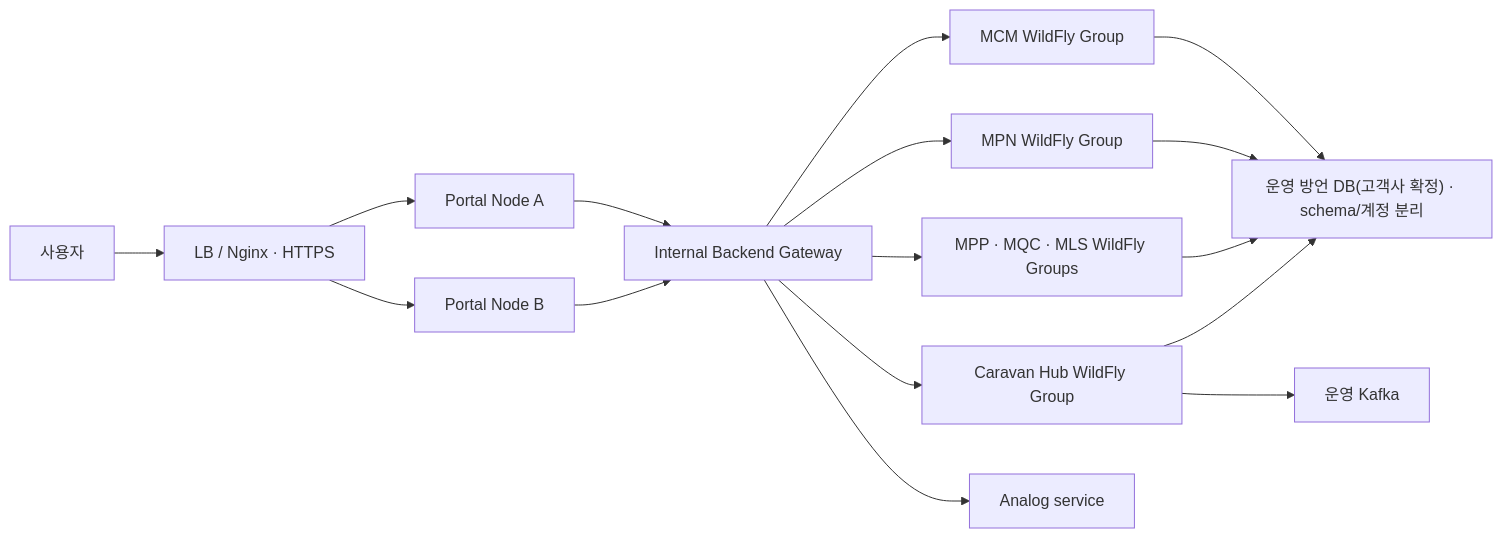
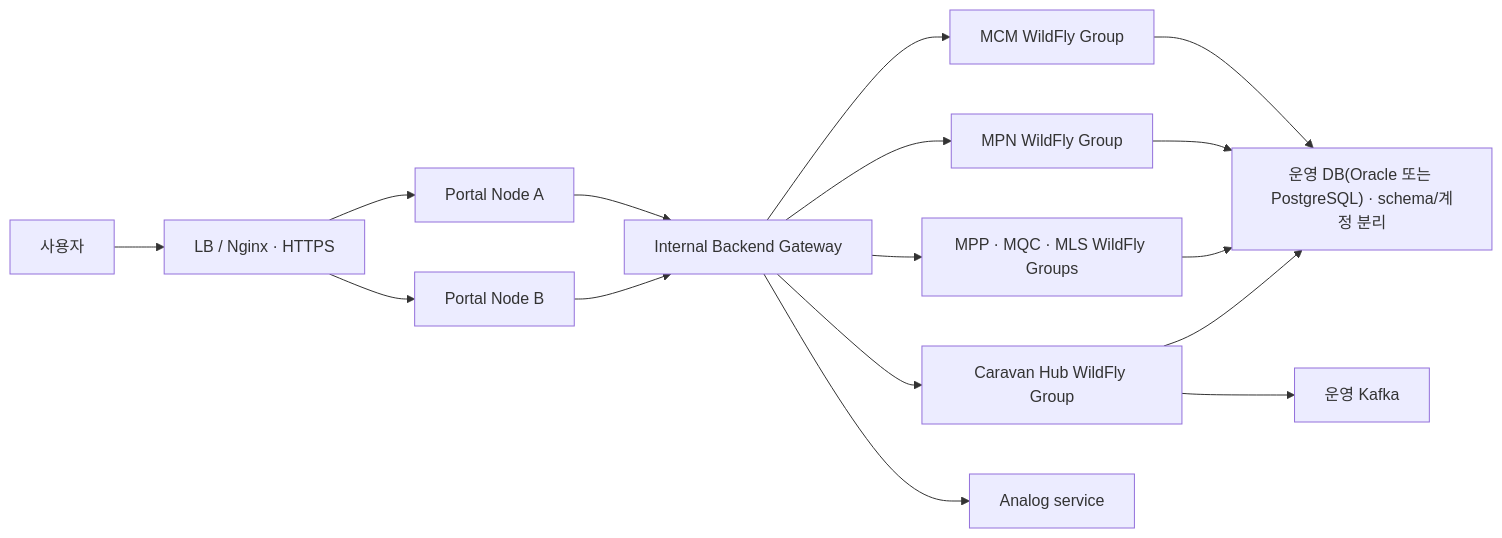
One commit to jongik-sv/dmes-standard changed the second of 2 diagrams in docs/guide/Operations/DMES-Deployment-Guide.md. Above: the diagram before and after it, drawn with Mermaid. The commit also changed other lines of this file and 25 other files, not shown here.

First line of the commit message:
docs(db): 운영 DB 후보를 Oracle·PostgreSQL 로 좁히고 MSSQL 은 거의 쓰지 않음으로 내린다

````diff
--- a/docs/guide/Operations/DMES-Deployment-Guide.md
+++ b/docs/guide/Operations/DMES-Deployment-Guide.md
@@ -319,18 +321,18 @@
 ```mermaid
 flowchart LR
     U["사용자"] --> LB["LB / Nginx · HTTPS"]
     LB --> PA["Portal Node A"]
     LB --> PB["Portal Node B"]
     PA --> BG["Internal Backend Gateway"]
     PB --> BG
     BG --> AUTH["MCM WildFly Group"]
     BG --> PLAN["MPN WildFly Group"]
     BG --> MES["MPP · MQC · MLS WildFly Groups"]
     BG --> IF["Caravan Hub WildFly Group"]
     BG --> LOG["Analog service"]
-    AUTH --> DB["운영 방언 DB(고객사 확정) · schema/계정 분리"]
+    AUTH --> DB["운영 DB(Oracle 또는 PostgreSQL) · schema/계정 분리"]
     PLAN --> DB
     MES --> DB
     IF --> DB
     IF --> K["운영 Kafka"]
 ```
````
